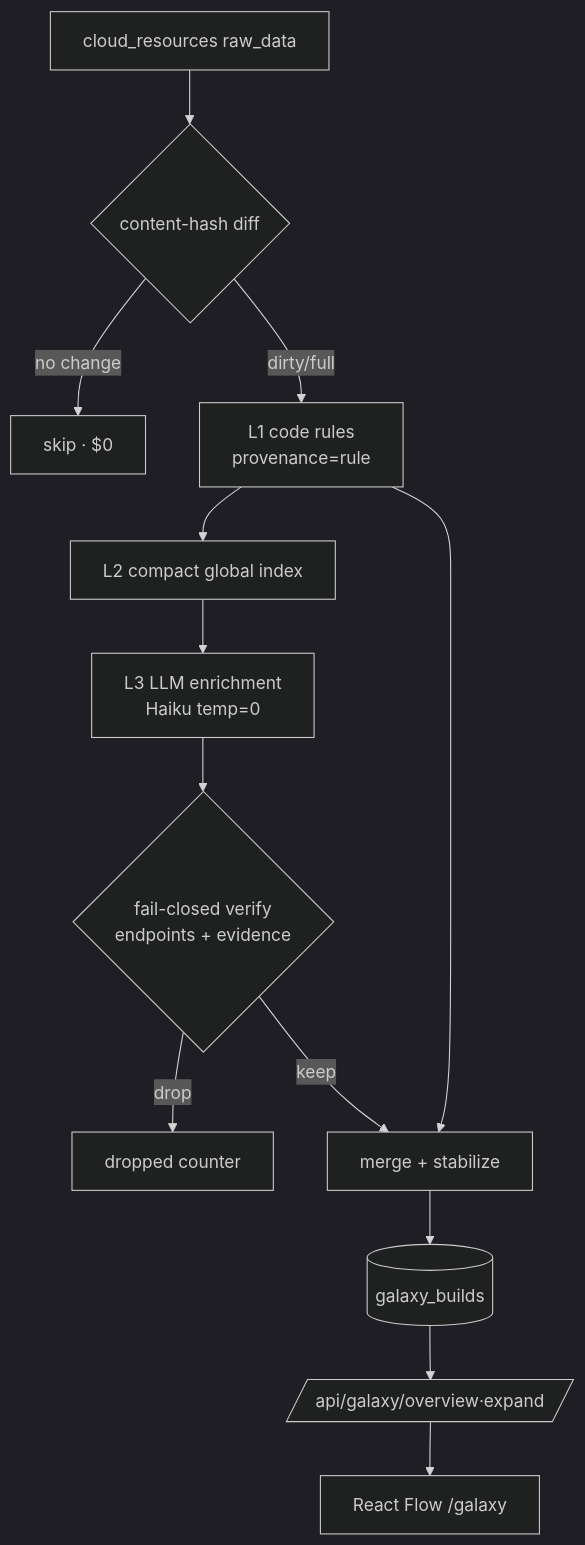
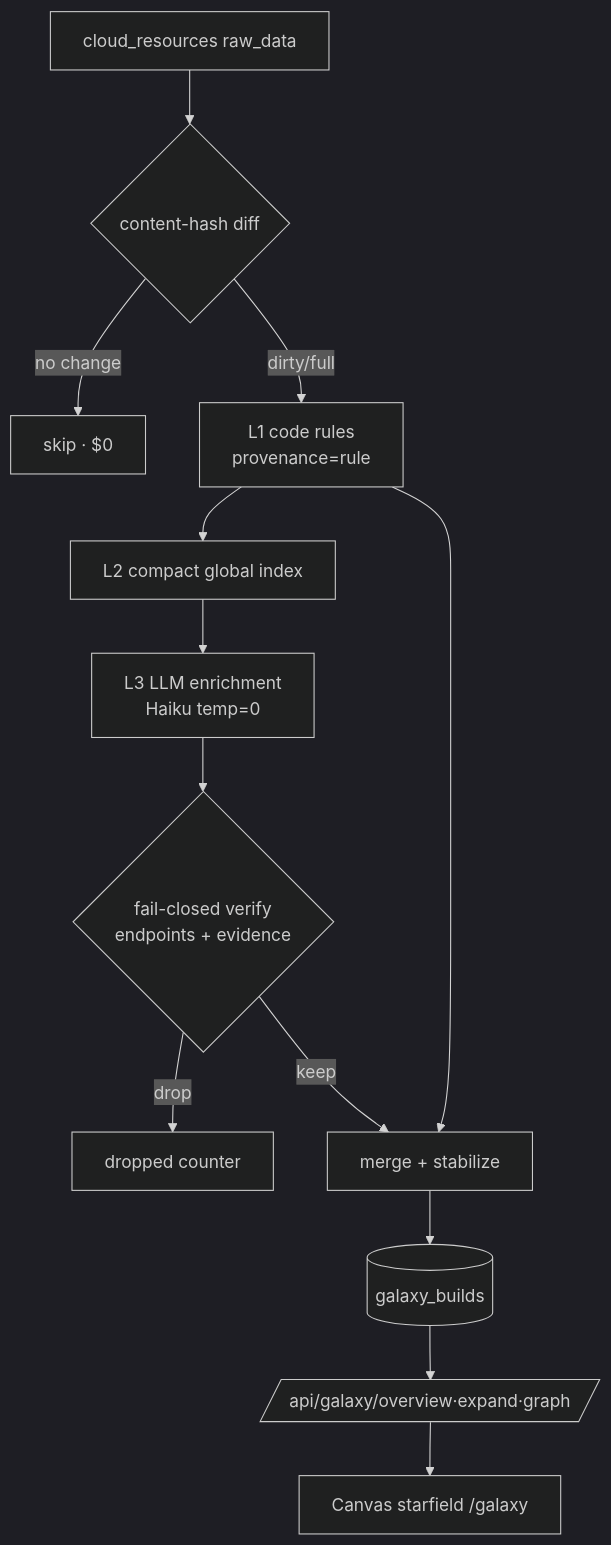
Before and after one commit to LiboMa/agenticops-chat: diagram 15 of 16 in docs/WORKFLOW.md, drawn with Mermaid (dark theme). The commit also changed other lines of this file and 16 other files, not shown here.

First line of the commit message:
feat(galaxy): Canvas starfield UI + raw_data tree (Experimental)

````diff
--- a/docs/WORKFLOW.md
+++ b/docs/WORKFLOW.md
@@ -1007,15 +1007,15 @@
 ```mermaid
 flowchart TD
   R[cloud_resources raw_data] --> D{content-hash diff}
   D -- no change --> Skip[skip · $0]
   D -- dirty/full --> L1[L1 code rules<br/>provenance=rule]
   L1 --> L2[L2 compact global index]
   L2 --> L3[L3 LLM enrichment<br/>Haiku temp=0]
   L3 --> V{fail-closed verify<br/>endpoints + evidence}
   V -- drop --> Cnt[dropped counter]
   V -- keep --> M[merge + stabilize]
   L1 --> M
   M --> B[(galaxy_builds)]
-  B --> API[/api/galaxy/overview·expand/]
-  API --> UI[React Flow /galaxy]
+  B --> API[/api/galaxy/overview·expand·graph/]
+  API --> UI[Canvas starfield /galaxy]
 ```
````
